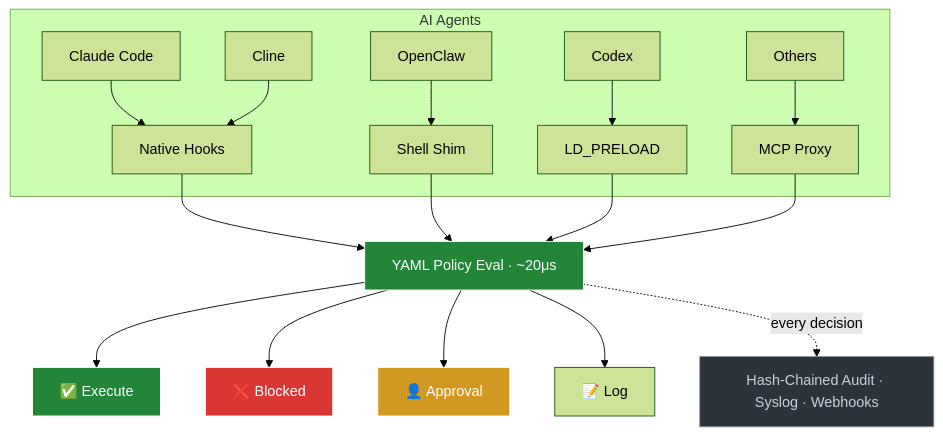
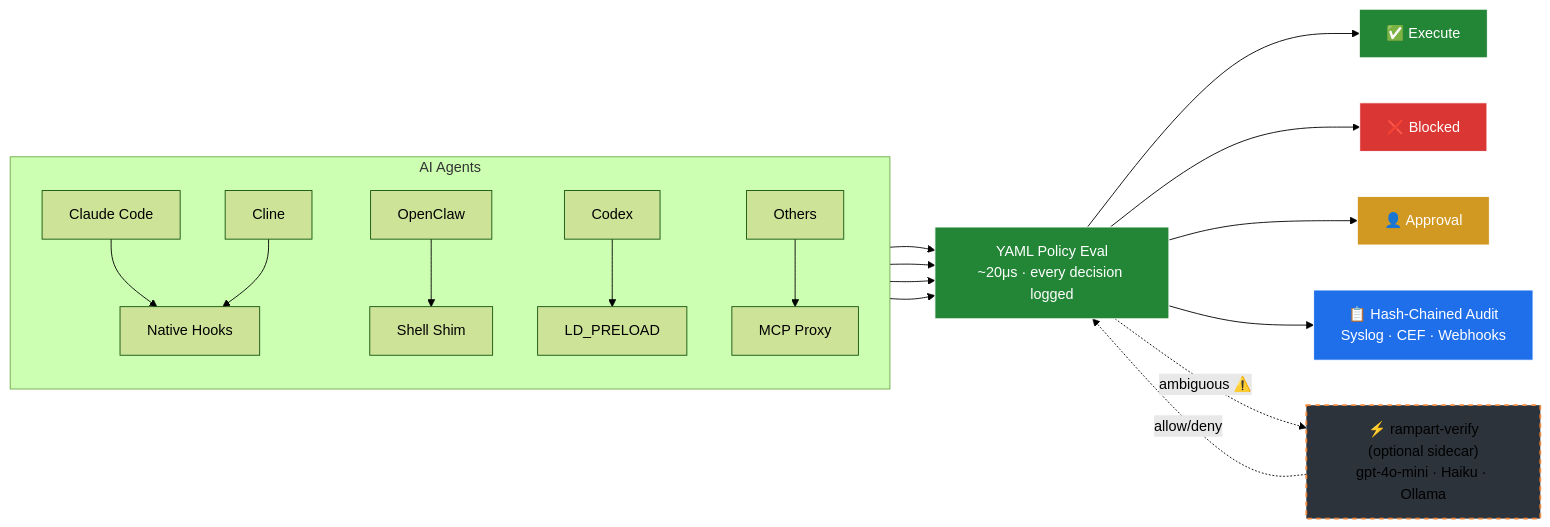
One commit to peg/rampart changed the first of 2 diagrams in README.md. Above: the diagram before and after it, drawn with Mermaid (forest theme). The commit also changed other lines of this file, not shown here.

Commit message:
docs: refined diagram — audit right, sidecar, LR layout

````diff
--- a/README.md
+++ b/README.md
@@ -21,24 +21,28 @@
 ```mermaid
-graph TB
+graph LR
     subgraph "AI Agents"
+        direction TB
         CC[Claude Code] & CL[Cline] --> H[Native Hooks]
         OC[OpenClaw] --> S[Shell Shim]
         CX[Codex] --> P[LD_PRELOAD]
         O[Others] --> M[MCP Proxy]
     end
 
-    H & S & P & M --> PE[YAML Policy Eval · ~20μs]
+    H & S & P & M --> PE[YAML Policy Eval<br/>~20μs · every decision logged]
 
     PE --> PASS[✅ Execute]
     PE --> BLOCK[❌ Blocked]
     PE --> APR[👤 Approval]
-    PE --> LOG[📝 Log]
 
-    PE -.->|every decision| AU[Hash-Chained Audit · Syslog · Webhooks]
+    PE --> AU[📋 Hash-Chained Audit<br/>Syslog · CEF · Webhooks]
+
+    PE -. "ambiguous ⚠️" .-> SB["⚡ rampart-verify<br/>(optional sidecar)<br/>gpt-4o-mini · Haiku · Ollama"]
+    SB -. allow/deny .-> PE
 
     style PE fill:#238636,stroke:#fff,color:#fff
     style BLOCK fill:#da3633,stroke:#fff,color:#fff
     style APR fill:#d29922,stroke:#fff,color:#fff
     style PASS fill:#238636,stroke:#fff,color:#fff
-    style AU fill:#2d333b,stroke:#848d97,color:#c9d1d9
+    style AU fill:#1f6feb,stroke:#fff,color:#fff
+    style SB fill:#2d333b,stroke:#f0883e,stroke-width:2px,stroke-dasharray: 5 5
 ```
````
